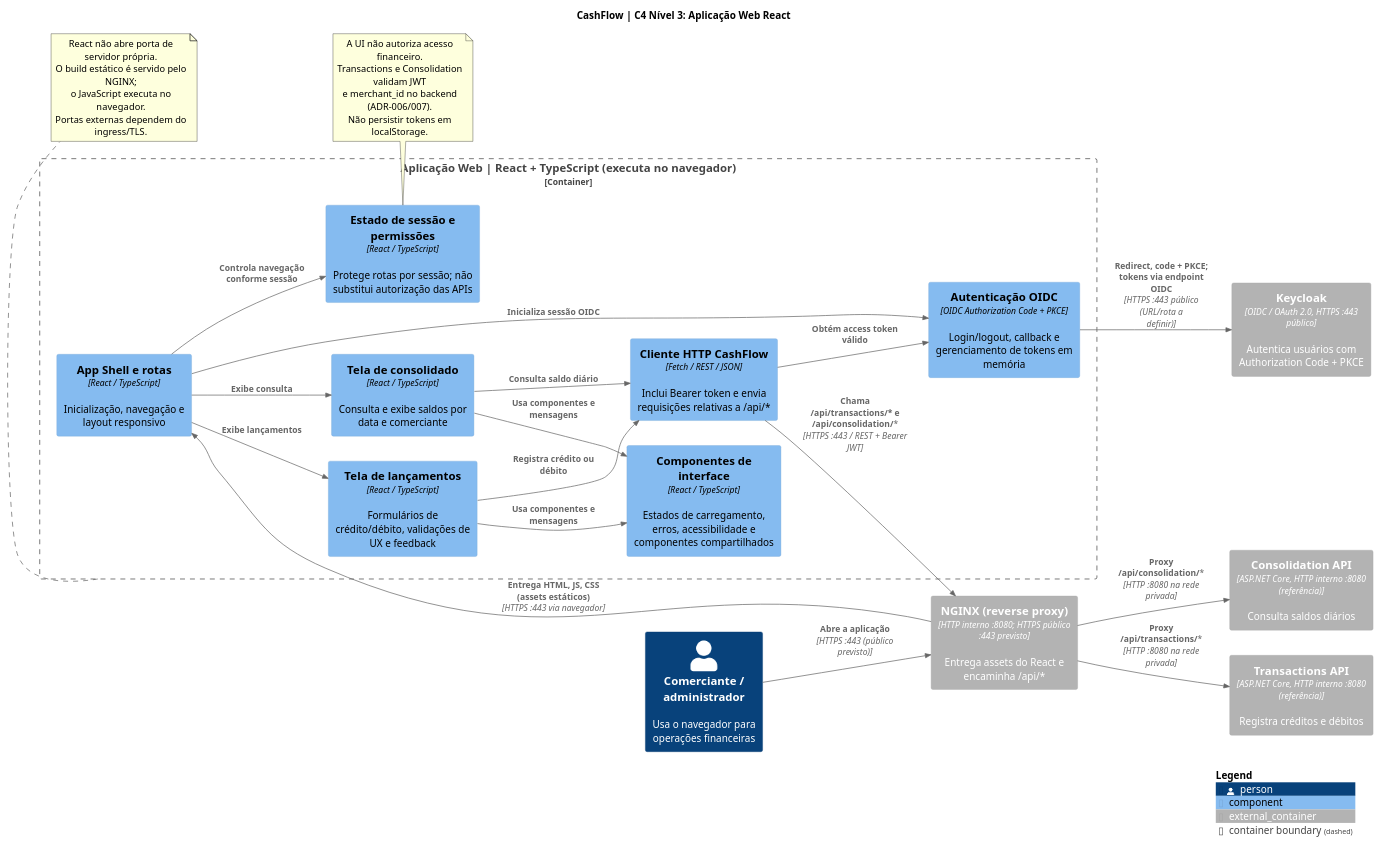
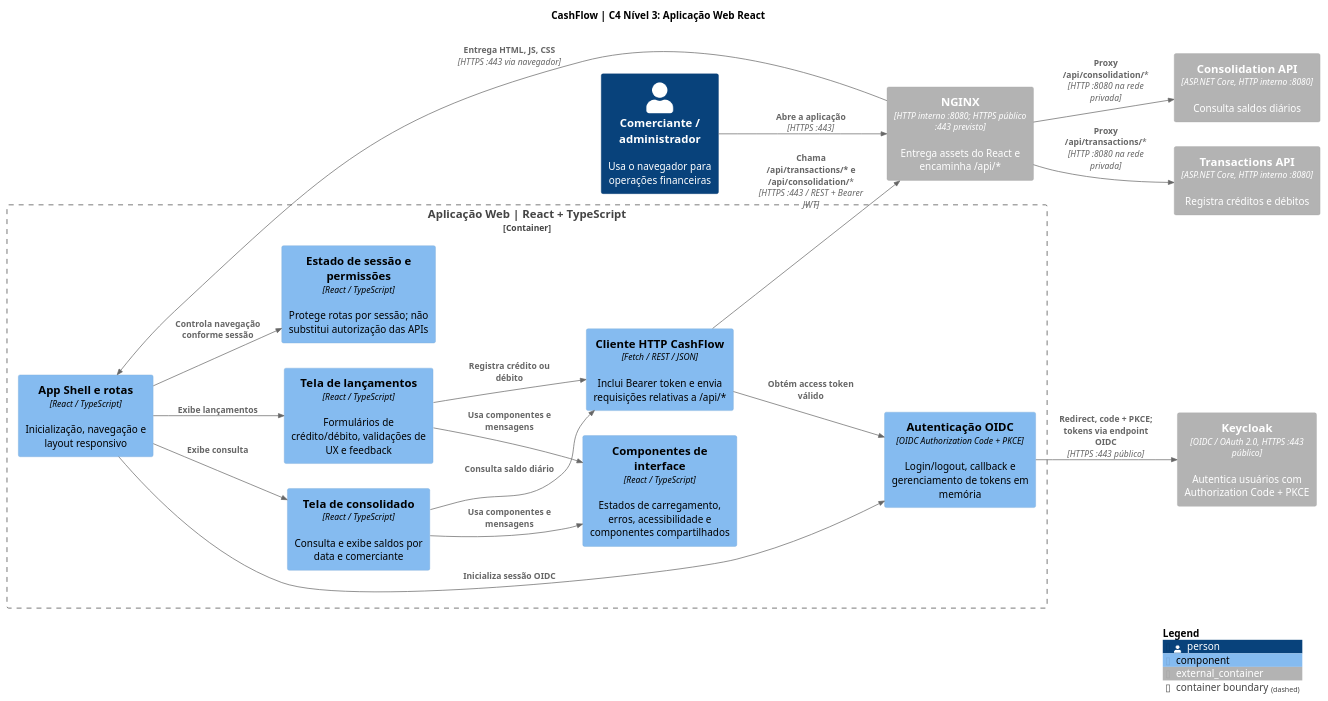
One commit to wolwerr/CashFlow-Architecture changed the diagram in docs/architecture/plantuml/c4-components-frontend.puml. Above: the diagram before and after it, drawn with PlantUML.

Commit message:
docs(c4): simplify L3 labels and move explanatory notes to Building Block View (#6)

```diff
--- a/docs/architecture/plantuml/c4-components-frontend.puml
+++ b/docs/architecture/plantuml/c4-components-frontend.puml
@@ -1,54 +1,40 @@
 @startuml CashFlow_Frontend_Components
 !include <C4/C4_Component>
 
 title CashFlow | C4 Nível 3: Aplicação Web React
 LAYOUT_LEFT_RIGHT()
 
 Person(user, "Comerciante / administrador", "Usa o navegador para operações financeiras")
-Container_Ext(nginx, "NGINX (reverse proxy)", "HTTP interno :8080; HTTPS público :443 previsto", "Entrega assets do React e encaminha /api/*")
+Container_Ext(nginx, "NGINX", "HTTP interno :8080; HTTPS público :443 previsto", "Entrega assets do React e encaminha /api/*")
 Container_Ext(keycloak, "Keycloak", "OIDC / OAuth 2.0, HTTPS :443 público", "Autentica usuários com Authorization Code + PKCE")
-Container_Ext(transactions, "Transactions API", "ASP.NET Core, HTTP interno :8080 (referência)", "Registra créditos e débitos")
-Container_Ext(consolidation, "Consolidation API", "ASP.NET Core, HTTP interno :8080 (referência)", "Consulta saldos diários")
+Container_Ext(transactions, "Transactions API", "ASP.NET Core, HTTP interno :8080", "Registra créditos e débitos")
+Container_Ext(consolidation, "Consolidation API", "ASP.NET Core, HTTP interno :8080", "Consulta saldos diários")
 
-Container_Boundary(frontend, "Aplicação Web | React + TypeScript (executa no navegador)") {
+Container_Boundary(frontend, "Aplicação Web | React + TypeScript") {
   Component(shell, "App Shell e rotas", "React / TypeScript", "Inicialização, navegação e layout responsivo")
   Component(auth, "Autenticação OIDC", "OIDC Authorization Code + PKCE", "Login/logout, callback e gerenciamento de tokens em memória")
   Component(access, "Estado de sessão e permissões", "React / TypeScript", "Protege rotas por sessão; não substitui autorização das APIs")
   Component(form, "Tela de lançamentos", "React / TypeScript", "Formulários de crédito/débito, validações de UX e feedback")
   Component(balance, "Tela de consolidado", "React / TypeScript", "Consulta e exibe saldos por data e comerciante")
   Component(api, "Cliente HTTP CashFlow", "Fetch / REST / JSON", "Inclui Bearer token e envia requisições relativas a /api/*")
   Component(ui, "Componentes de interface", "React / TypeScript", "Estados de carregamento, erros, acessibilidade e componentes compartilhados")
 }
 
-Rel(user, nginx, "Abre a aplicação", "HTTPS :443 (público previsto)")
-Rel(nginx, shell, "Entrega HTML, JS, CSS (assets estáticos)", "HTTPS :443 via navegador")
+Rel(user, nginx, "Abre a aplicação", "HTTPS :443")
+Rel(nginx, shell, "Entrega HTML, JS, CSS", "HTTPS :443 via navegador")
 Rel(shell, auth, "Inicializa sessão OIDC")
 Rel(shell, access, "Controla navegação conforme sessão")
 Rel(shell, form, "Exibe lançamentos")
 Rel(shell, balance, "Exibe consulta")
 Rel(form, ui, "Usa componentes e mensagens")
 Rel(balance, ui, "Usa componentes e mensagens")
 Rel(form, api, "Registra crédito ou débito")
 Rel(balance, api, "Consulta saldo diário")
 Rel(api, auth, "Obtém access token válido")
-Rel(auth, keycloak, "Redirect, code + PKCE; tokens via endpoint OIDC", "HTTPS :443 público (URL/rota a definir)")
+Rel(auth, keycloak, "Redirect, code + PKCE; tokens via endpoint OIDC", "HTTPS :443 público")
 Rel(api, nginx, "Chama /api/transactions/* e /api/consolidation/*", "HTTPS :443 / REST + Bearer JWT")
 Rel(nginx, transactions, "Proxy /api/transactions/*", "HTTP :8080 na rede privada")
 Rel(nginx, consolidation, "Proxy /api/consolidation/*", "HTTP :8080 na rede privada")
 
-note bottom of frontend
-  React não abre porta de servidor própria.
-  O build estático é servido pelo NGINX;
-  o JavaScript executa no navegador.
-  Portas externas dependem do ingress/TLS.
-end note
-
-note bottom of access
-  A UI não autoriza acesso financeiro.
-  Transactions e Consolidation validam JWT
-  e merchant_id no backend (ADR-006/007).
-  Não persistir tokens em localStorage.
-end note
-
 SHOW_LEGEND()
 @enduml
```
